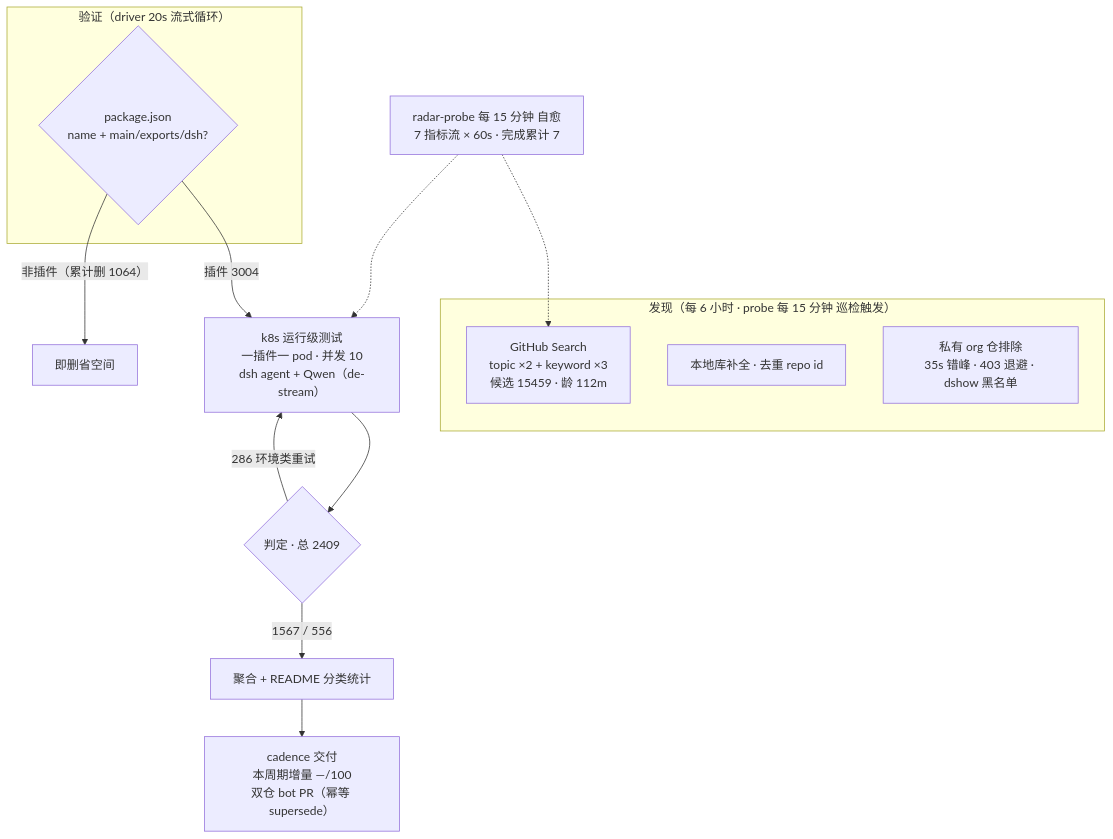
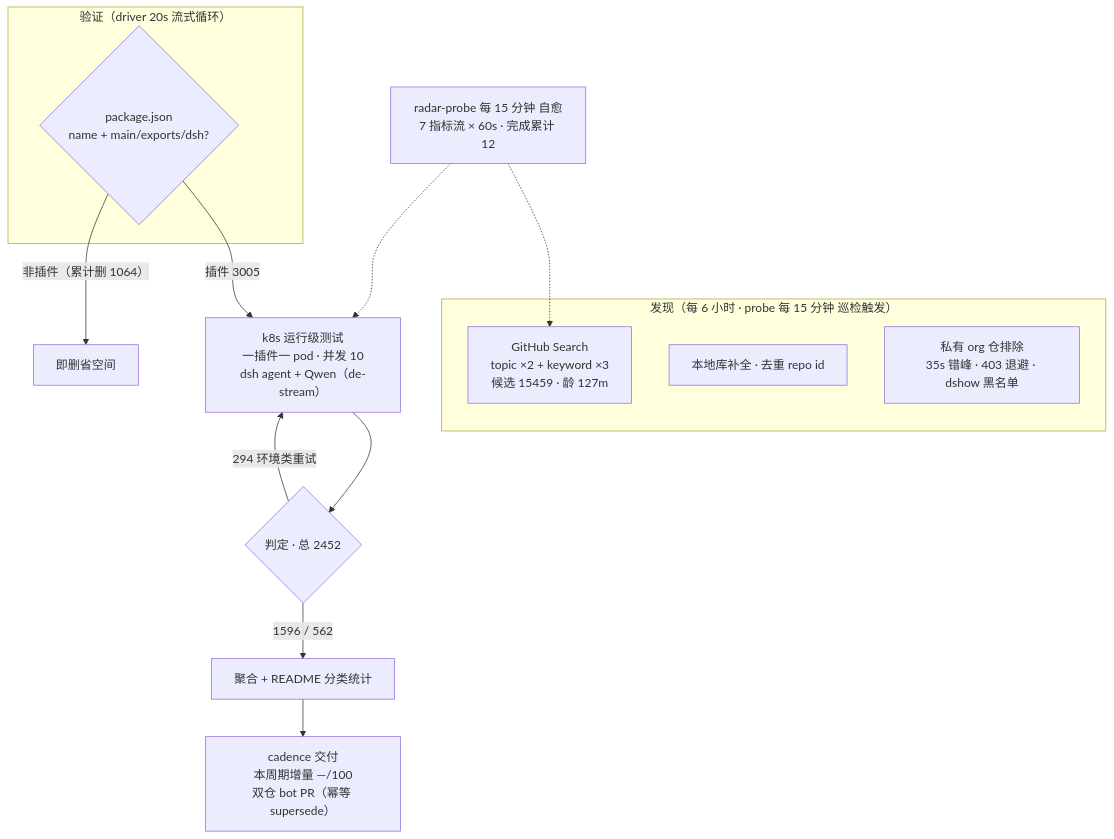
The diagram in README.md (Zhidao-Lab-OSS/awesome-dsh-plugins), drawn with Mermaid before and after one commit. The commit also changed other lines of this file and 1 other file, not shown here.

````diff
--- a/README.md
+++ b/README.md
@@ -37,20 +37,20 @@
 ```mermaid
 flowchart TB
     subgraph Discovery["发现（每 6 小时 · probe 每 15 分钟 巡检触发）"]
-        A1["GitHub Search<br/>topic ×2 + keyword ×3<br/>候选 15459 · 龄 112m"]
+        A1["GitHub Search<br/>topic ×2 + keyword ×3<br/>候选 15459 · 龄 127m"]
         A2["本地库补全 · 去重 repo id"]
         A3["私有 org 仓排除<br/>35s 错峰 · 403 退避 · dshow 黑名单"]
     end
     subgraph Validation["验证（driver 20s 流式循环）"]
         B1{"package.json<br/>name + main/exports/dsh?"}
     end
-    B1 -->|"插件 3004"| C1["k8s 运行级测试<br/>一插件一 pod · 并发 10<br/>dsh agent + Qwen（de-stream）"]
+    B1 -->|"插件 3005"| C1["k8s 运行级测试<br/>一插件一 pod · 并发 10<br/>dsh agent + Qwen（de-stream）"]
     B1 -->|"非插件（累计删 1064）"| B3["即删省空间"]
-    C1 --> D1{"判定 · 总 2409"}
-    D1 -->|"1567 / 556"| E1["聚合 + README 分类统计"]
-    D1 -->|"286 环境类重试"| C1
+    C1 --> D1{"判定 · 总 2452"}
+    D1 -->|"1596 / 562"| E1["聚合 + README 分类统计"]
+    D1 -->|"294 环境类重试"| C1
     E1 --> E2["cadence 交付<br/>本周期增量 —/100<br/>双仓 bot PR（幂等 supersede）"]
-    M["radar-probe 每 15 分钟 自愈<br/>7 指标流 × 60s · 完成累计 7"]
+    M["radar-probe 每 15 分钟 自愈<br/>7 指标流 × 60s · 完成累计 12"]
     M -.-> A1
     M -.-> C1
 ```
````
